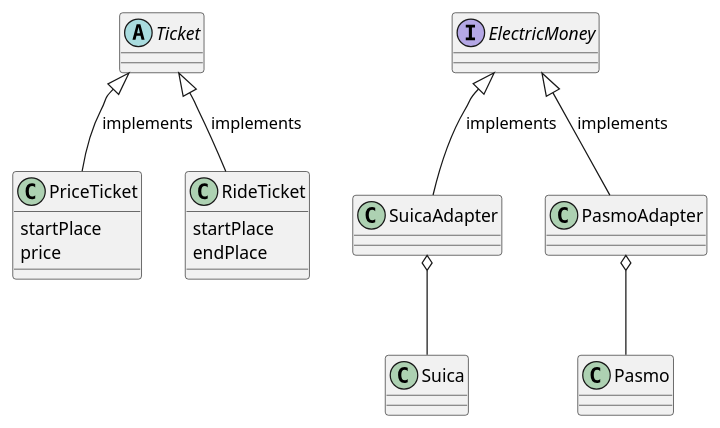
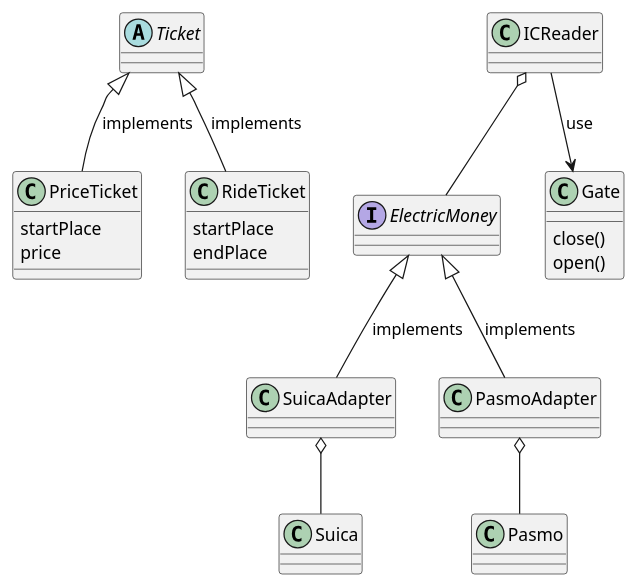
The diagram in ticket-gate.puml (yatakeke/modeling-training), drawn with PlantUML before and after one commit.

Commit message:
suicaの読み込みは改札の一つの機能として独立しているため

```diff
--- a/ticket-gate.puml
+++ b/ticket-gate.puml
@@ -1,40 +1,52 @@
 @startuml
 
 abstract class Ticket {
 }
 
 Ticket <|-- PriceTicket: implements
 Ticket <|-- RideTicket: implements
 
 class PriceTicket {
 startPlace
 price
 }
 
 class RideTicket {
 startPlace
 endPlace
 }
 
 Interface ElectricMoney {
 }
 
 ElectricMoney <|-- SuicaAdapter: implements
 ElectricMoney <|-- PasmoAdapter: implements
 
 class SuicaAdapter {
 }
 SuicaAdapter o-- Suica
 
 class Suica {
 }
 
 class PasmoAdapter {
 }
 
 PasmoAdapter o-- Pasmo
 
 class Pasmo {
 }
 
+class ICReader {
+
+}
+
+ICReader --> Gate: use
+ICReader o-- ElectricMoney
+
+class Gate {
+close()
+open()
+}
+
 @enduml
```
